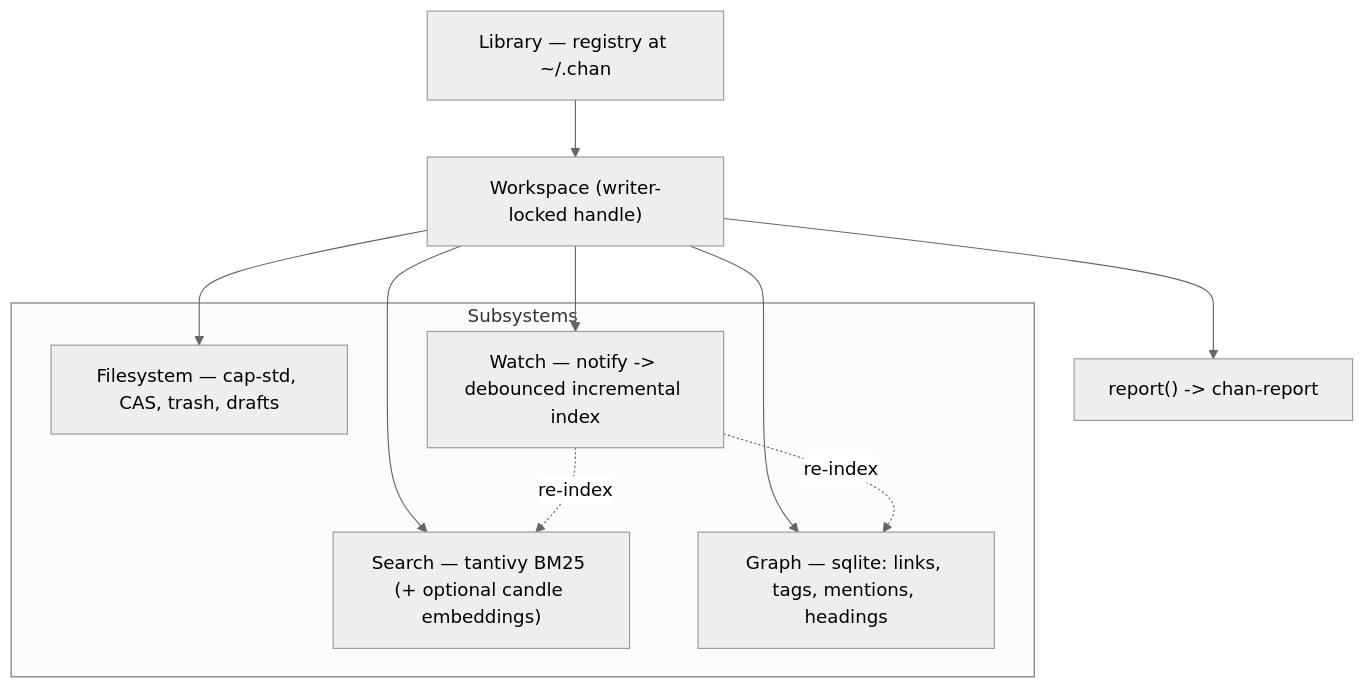
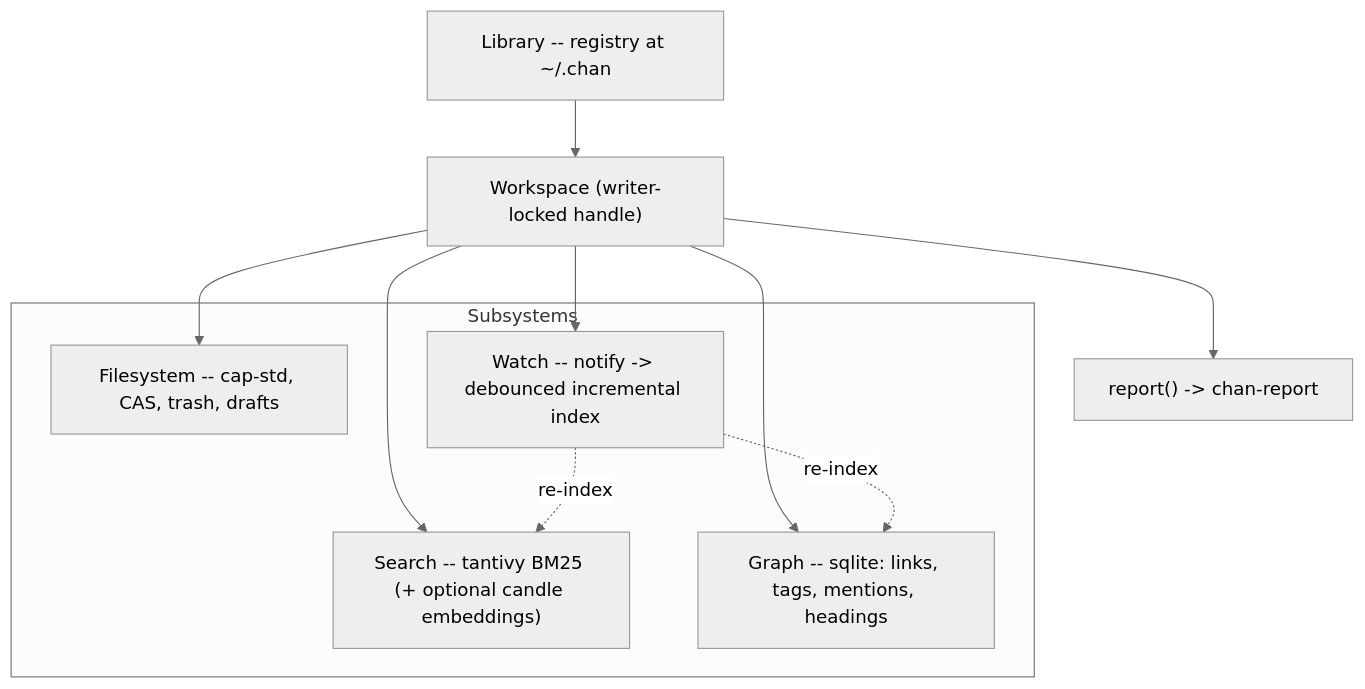
The first of 4 diagrams in crates/chan-workspace/design.md (likewhatevs/chan), drawn with Mermaid (neutral theme) before and after one commit. The commit also changed other lines of this file and 24 other files, not shown here.

First line of the commit message:
docs: replace filesystem-layout prose with architecture diagrams

````diff
--- a/crates/chan-workspace/design.md
+++ b/crates/chan-workspace/design.md
@@ -36,17 +36,17 @@
 ```mermaid
 flowchart TB
-  Lib["Library — registry at ~/.chan"] --> WS["Workspace (writer-locked handle)"]
+  Lib["Library -- registry at ~/.chan"] --> WS["Workspace (writer-locked handle)"]
   subgraph Subsystems
-    FS["Filesystem — cap-std, CAS, trash, drafts"]
-    Search["Search — tantivy BM25 (+ optional candle embeddings)"]
-    Graph["Graph — sqlite: links, tags, mentions, headings"]
-    Watch["Watch — notify -> debounced incremental index"]
+    FS["Filesystem -- cap-std, CAS, trash, drafts"]
+    Search["Search -- tantivy BM25 (+ optional candle embeddings)"]
+    Graph["Graph -- sqlite: links, tags, mentions, headings"]
+    Watch["Watch -- notify -> debounced incremental index"]
   end
   WS --> FS
   WS --> Search
   WS --> Graph
   WS --> Watch
   Watch -. re-index .-> Search
   Watch -. re-index .-> Graph
   WS --> Report["report() -> chan-report"]
 ```
````
